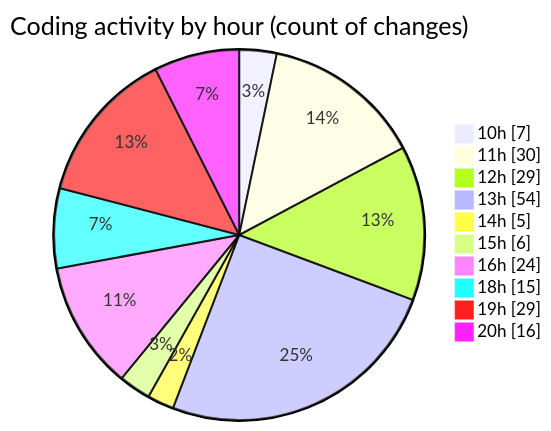
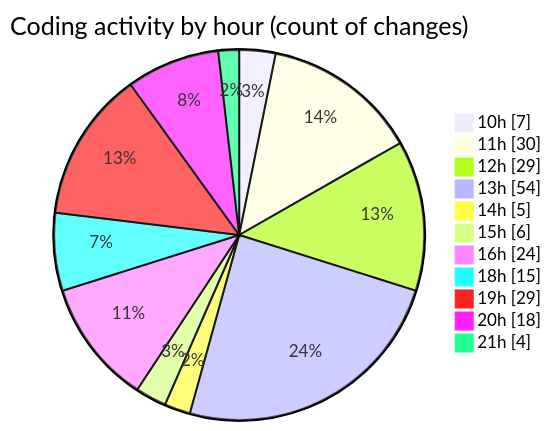
The second of 2 diagrams in 2025-06-26/cda/README.md (momahboobian/code-tracking), drawn with Mermaid before and after one commit. The commit also changed other lines of this file and 1 other file, not shown here.

````diff
--- a/2025-06-26/cda/README.md
+++ b/2025-06-26/cda/README.md
@@ -45,14 +45,15 @@
 ```mermaid
 pie showData
 title Coding activity by hour (count of changes)
 "10h" : 7
 "11h" : 30
 "12h" : 29
 "13h" : 54
 "14h" : 5
 "15h" : 6
 "16h" : 24
 "18h" : 15
 "19h" : 29
-"20h" : 16
+"20h" : 18
+"21h" : 4
 ```
````
